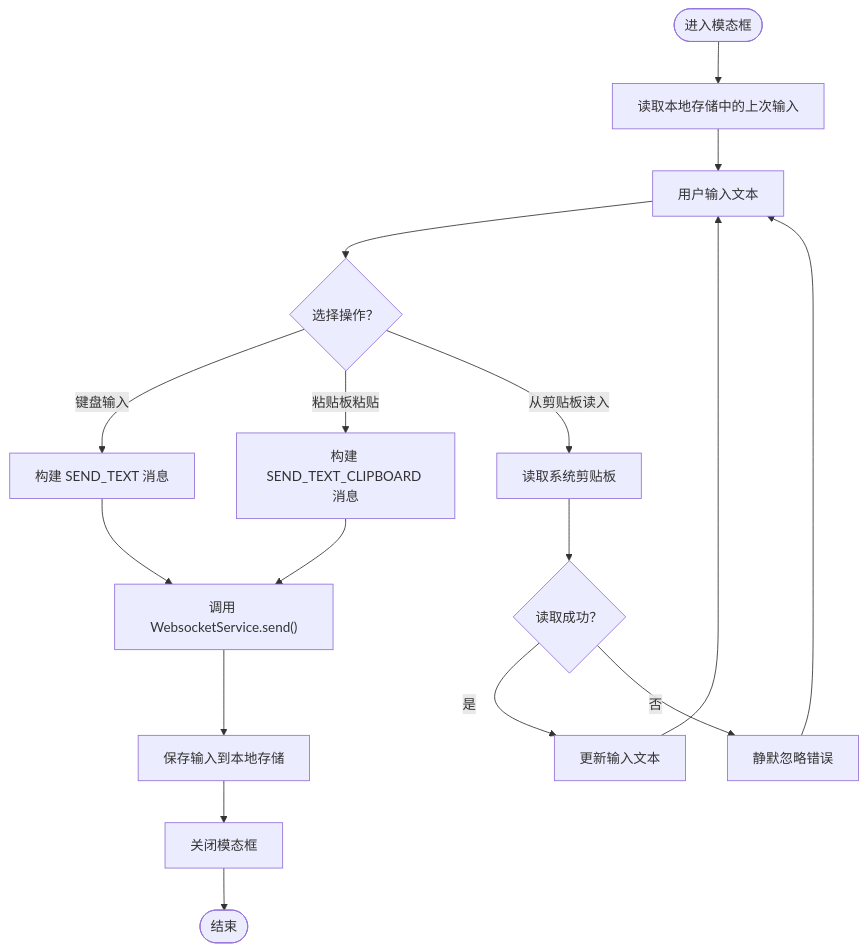
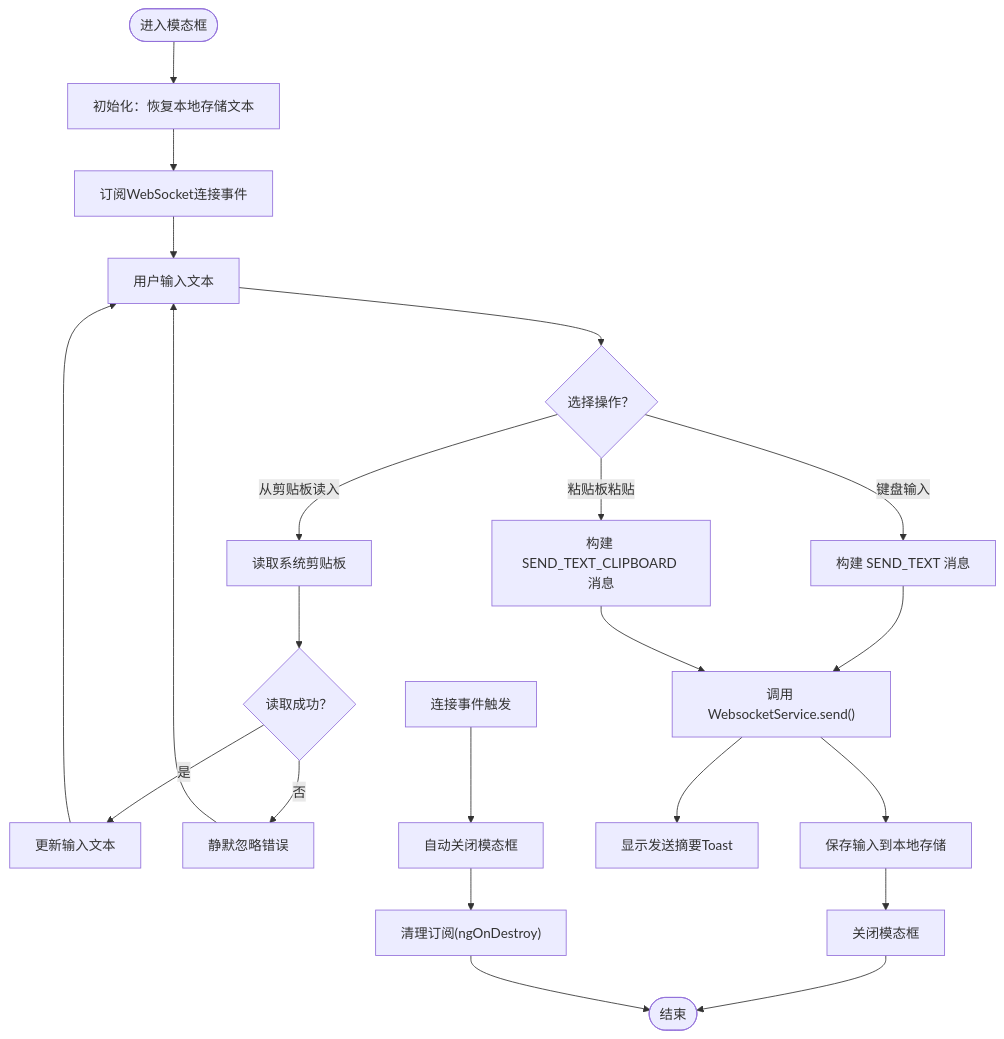
Before and after one commit to tea4go/Macro-Deck-Client-App: the third of 4 diagrams in .qoder/repowiki/zh/content/核心功能模块/文本发送功能.md, drawn with Mermaid. The commit also changed other lines of this file and 45 other files, not shown here.

````diff
--- a/.qoder/repowiki/zh/content/核心功能模块/文本发送功能.md
+++ b/.qoder/repowiki/zh/content/核心功能模块/文本发送功能.md
@@ -137,19 +147,24 @@
 ```mermaid
 flowchart TD
-Start(["进入模态框"]) --> Load["读取本地存储中的上次输入"]
-Load --> Input["用户输入文本"]
+Start(["进入模态框"]) --> Init["初始化：恢复本地存储文本"]
+Init --> Subscribe["订阅WebSocket连接事件"]
+Subscribe --> Input["用户输入文本"]
 Input --> Mode{"选择操作？"}
 Mode --> |键盘输入| BuildKbd["构建 SEND_TEXT 消息"]
 Mode --> |粘贴板粘贴| BuildClip["构建 SEND_TEXT_CLIPBOARD 消息"]
 Mode --> |从剪贴板读入| ReadClip["读取系统剪贴板"]
 ReadClip --> Success{"读取成功？"}
 Success --> |是| UpdateText["更新输入文本"]
 Success --> |否| Ignore["静默忽略错误"]
 UpdateText --> Input
 Ignore --> Input
 BuildKbd --> Send["调用 WebsocketService.send()"]
 BuildClip --> Send
 Send --> Save["保存输入到本地存储"]
+Send --> Toast["显示发送摘要Toast"]
 Save --> Close["关闭模态框"]
 Close --> End(["结束"])
+Note1["连接事件触发"] --> AutoClose["自动关闭模态框"]
+AutoClose --> Cleanup["清理订阅(ngOnDestroy)"]
+Cleanup --> End
 ```
````
